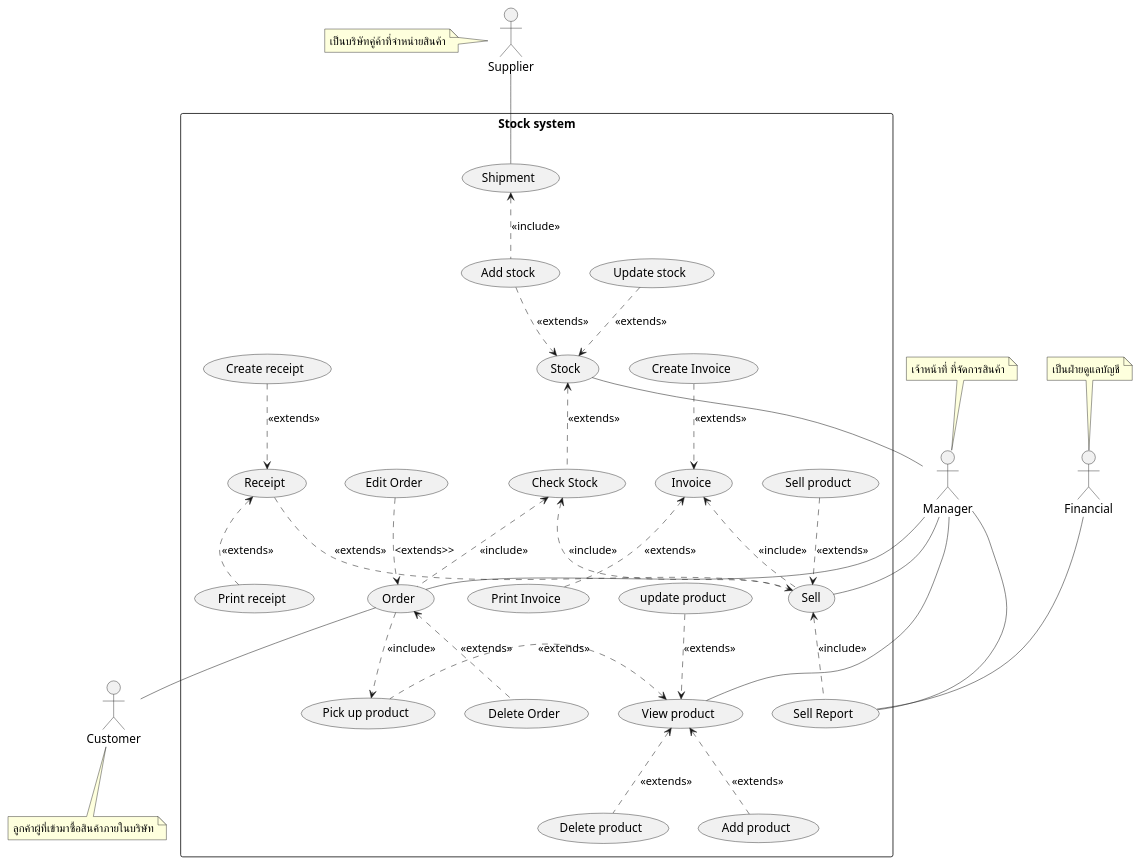
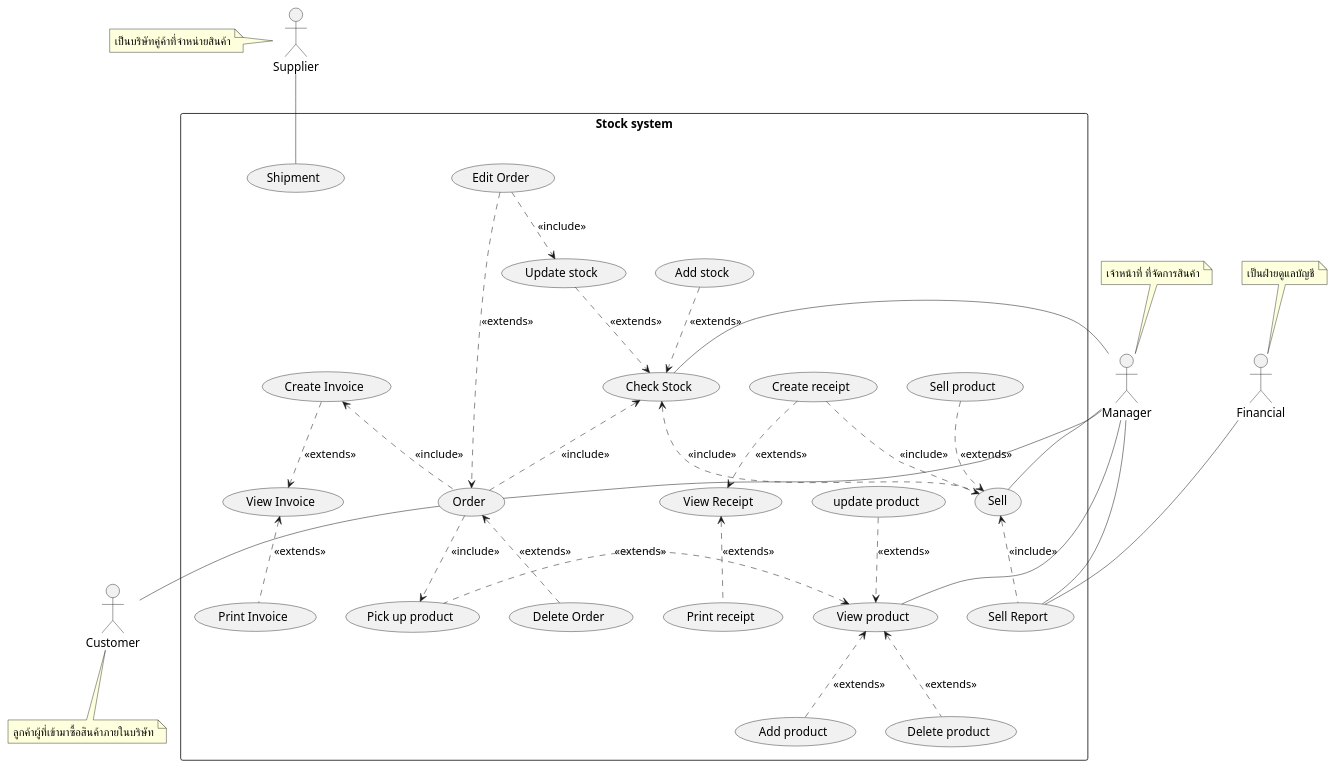
One commit to billowdev/inventory-system-plantuml-sequelize-seeder-example changed the diagram in system-analysis/usecase-diagram.puml. Above: the diagram before and after it, drawn with PlantUML.

Commit message:
usecase edit order include usecase update stock

```diff
--- a/system-analysis/usecase-diagram.puml
+++ b/system-analysis/usecase-diagram.puml
@@ -1,160 +1,160 @@
 @startuml
 'https://plantuml.com/sequence-diagram
 skinparam Arrow{
     Thickness .6
 }
 skinparam Participant{
     FontColor #efefef
     BorderColor #c0c0c0
 }
 skinparam Sequence{
     ParticipantBorderThickness .5
     LifeLineBorderColor #8a8a8a
 }
 
 ' =================== Customer ===================
 ' role - ผู้ที่เข้ามาเพื่อซื้อสินค้าภายในบริษัท
 ' duty - ทำให้เกิดการซื้อขายสินค้า
 actor Customer as actorCustomer
 note bottom of actorCustomer : ลูกค้าผู้ที่เข้ามาซื้อสินค้าภายในบริษัท
 ' =================== Manager ===================
 ' role - เจ้าหน้าที่ ที่จัดการสินค้า ให้คงคลังสินค้าอยู่เสมอ
 ' duty - บริหารจัดการ stock สินค้า ทั้งการจำหน่ายออก และการรับสินค้ารวมถึงการ
 ' ออกใบสั่งของ การเช็คสินค้าและการทำรายงานต่างๆ
 actor Manager as actorManager
 note top of actorManager : เจ้าหน้าที่ ที่จัดการสินค้า
 ' =================== Supplier ===================
 ' role - เป็นบริษัทคู่ค้าที่จำหน่ายสินค้าหรือวัตถุดิบให้กับบริษัท
 ' duty - ขายและจัดส่งสินค้าตามใบสั่งของ
 actor Supplier as actorSupplier
 note left of actorSupplier : เป็นบริษัทคู่ค้าที่จำหน่ายสินค้า
 ' =================== Financial ===================
 ' role - เป็นฝ่ายดูแลบัญชีและการเงินของบริษัท
 ' duty - รับข้อมูลการซื้อและขายสินค้า
 actor Financial as actorFinancial
 note top of actorFinancial : เป็นฝ่ายดูแลบัญชี
 
 ' =================== Stock System ===================
 rectangle "Stock system" as stockSystem {
 
     ' ================ Selling ================
     ' กระบวนการขายสินค้า
     usecase (Sell) as (usecaseSell)
     '    การขายสินค้า
     usecase (Sell product) as (usecaseSellProduct)
     '    การตรวจสอบยอดสินค้า
 
     '    ออกใบเสร็จ
-    usecase (Receipt) as (usecaseReceipt)
+    usecase (View Receipt) as (usecaseReceipt)
     usecase (Print receipt) as (usecasePrintReceipt)
     usecase (Create receipt) as (usecaseCreateReceipt)
 
     ' ================ Ordering ================
     '    การสั่งซื้อสินค้า
     usecase (Order) as (usecaseOrder)
     usecase (Edit Order) as (usecaseEditOrder)
     usecase (Delete Order) as (usecaseDeleteOrder)
 
     '    การลงรับสินค้า
 
     ' ================ Reporting ================
     '   การทำรายงาน
     usecase (Sell Report) as (usecaseSellReport)
 
 
     ' ================ Product ================
     '    การสั่งซื้อสินค้า
     usecase (View product) as (usecaseProduct)
     usecase (Add product) as (usecaseAddProduct)
     usecase (update product) as (usecaseUpdateProduct)
     usecase (Delete product) as (usecaseDeleteProduct)
 
     usecase (Pick up product) as (usecasePickUpProduct)
 
 
-    usecase (Stock) as (usecaseStock)
+
     usecase (Check Stock) as (usecaseCheckStock)
     usecase (Add stock) as (usecaseAddStock)
     usecase (Update stock) as (usecaseUpdateStock)
 
 
 
     ' ================ Invoice ================
-    usecase (Invoice) as (usecaseInvoice)
+    usecase (View Invoice) as (usecaseInvoice)
     usecase (Create Invoice) as (usecaseCreateInvoice)
     usecase (Print Invoice) as (usecasePrintInvoice)
 
     ' ================ Shipment ================
     usecase (Shipment) as (usecaseShipment)
 
     '    ===================== Associate Flow =====================
 
     '    ================ actor - usecase Flow ================
     '   ความสัมพันธ์ระหว่าง actor และ usecase ในส่วนของการขาย
     actorManager -- (usecaseSell)
 
     ' ===  ความสัมพันธ์ระหว่าง actor และ usecase ในส่วนของการสั่งซื้อสินค้า ===
     actorManager -left- (usecaseOrder)
     (usecaseOrder) -- actorCustomer
 
     ' ===  ความสัมพันธ์ระหว่าง actor และ usecase ในส่วนของการสออกรายงาน ===
     actorManager --- (usecaseSellReport)
     actorFinancial --- (usecaseSellReport)
 
-    actorManager -- (usecaseStock)
+    actorManager -- (usecaseCheckStock)
     actorManager -left- (usecaseProduct)
 
     actorSupplier -- (usecaseShipment)
 
     '================ usecase - usecase Flow ================
 
 
     (usecaseProduct) <.. (usecaseAddProduct)  : <<extends>>
     (usecaseUpdateProduct) ..> (usecaseProduct) : <<extends>>
     (usecaseProduct) <.. (usecaseDeleteProduct)  : <<extends>>
     (usecasePickUpProduct) .left.> (usecaseProduct) : <<extends>>
 
     ' ================ Stock ================
-    (usecaseAddStock) ..> (usecaseStock) : <<extends>>
-    (usecaseStock) <.. (usecaseCheckStock) : <<extends>>
-    (usecaseUpdateStock) ..> (usecaseStock) : <<extends>>
+    (usecaseAddStock) ..> (usecaseCheckStock) : <<extends>>
+
+    (usecaseUpdateStock) ..> (usecaseCheckStock) : <<extends>>
 
     ' ================ Sell ================
     (usecaseSellProduct) ..> (usecaseSell) : <<extends>>
     (usecaseCheckStock) <.. (usecaseSell) : <<include>>
 
-    (usecaseReceipt) ..> (usecaseSell) : <<extends>>
+    (usecaseCreateReceipt) ..> (usecaseSell) : <<include>>
 
-    (usecaseInvoice) <.. (usecaseSell) : <<include>>
+
 
 
     '   การลงรับสินค้า เป็นส่วนหนึ่งของกระบวนการสั่งซื้อสินค้า
     (usecaseOrder) ..> (usecasePickUpProduct) : <<include>>
 
     '   การปรับปรุงยอดสินค้า เป็นส่วนหนึ่งของกระบวนการสั่งซื้อสินค้า
     (usecaseCheckStock) <.. (usecaseOrder) : <<include>>
 
     ' ================ Order ================
     (usecaseOrder) <.. (usecaseDeleteOrder) : <<extends>>
-    (usecaseEditOrder) ..> (usecaseOrder) : <extends>>
-
+    (usecaseEditOrder) ..> (usecaseOrder) : <<extends>>
+    (usecaseEditOrder) ..> (usecaseUpdateStock) : <<include>>
+    (usecaseCreateInvoice) <.. (usecaseOrder) : <<include>>
 
     ' ================ Invoice ================
     (usecaseCreateInvoice) ..> (usecaseInvoice) : <<extends>>
     (usecaseInvoice)  <..   (usecasePrintInvoice): <<extends>>
 
     ' ================ Receipt ================
     (usecaseCreateReceipt) ..> (usecaseReceipt) : <<extends>>
     (usecaseReceipt)  <..   (usecasePrintReceipt): <<extends>>
 
     ' ================ Reporting ================
     '   การทำรายงาน
 
     (usecaseSell) <..  (usecaseSellReport)   : <<include>>
 
     ' ================ Shipment ================
-    (usecaseShipment) <.. (usecaseAddStock) : <<include>>
 
 }
 
 @enduml
```
